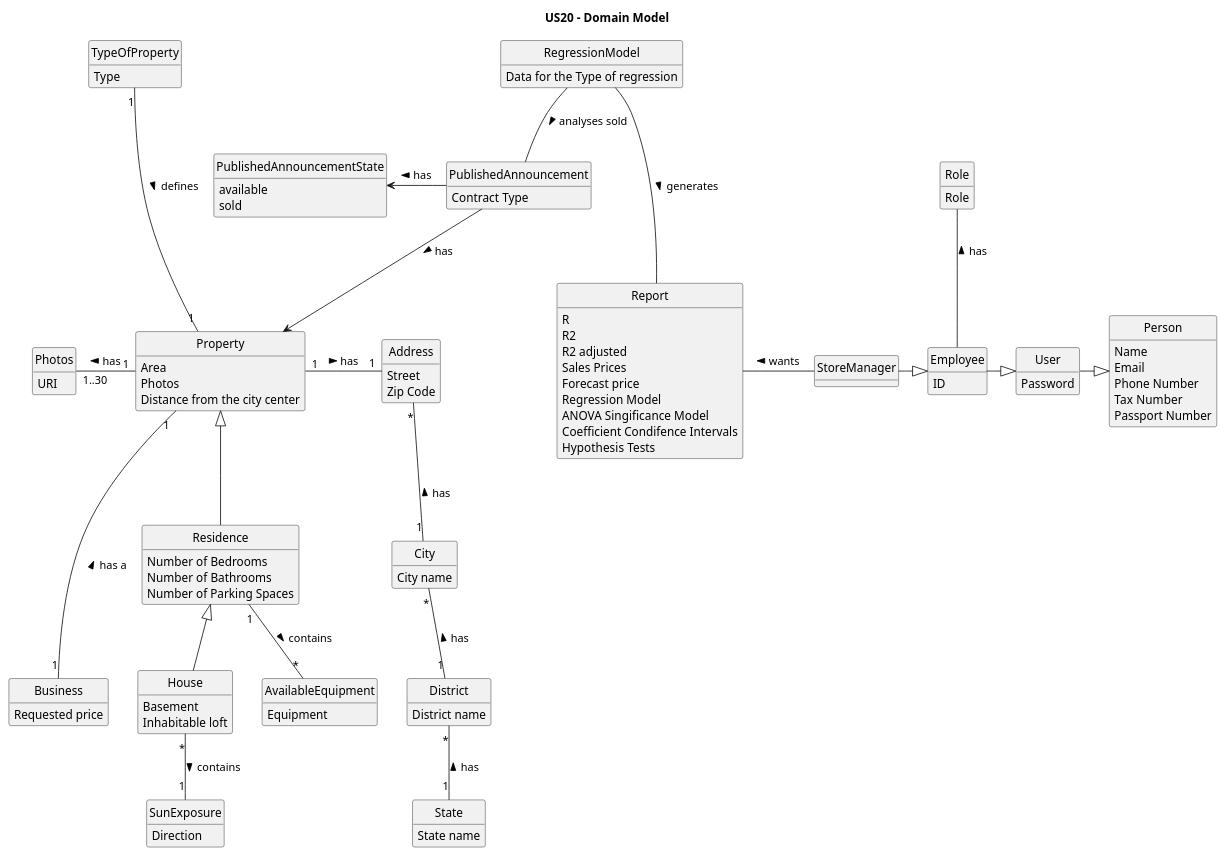
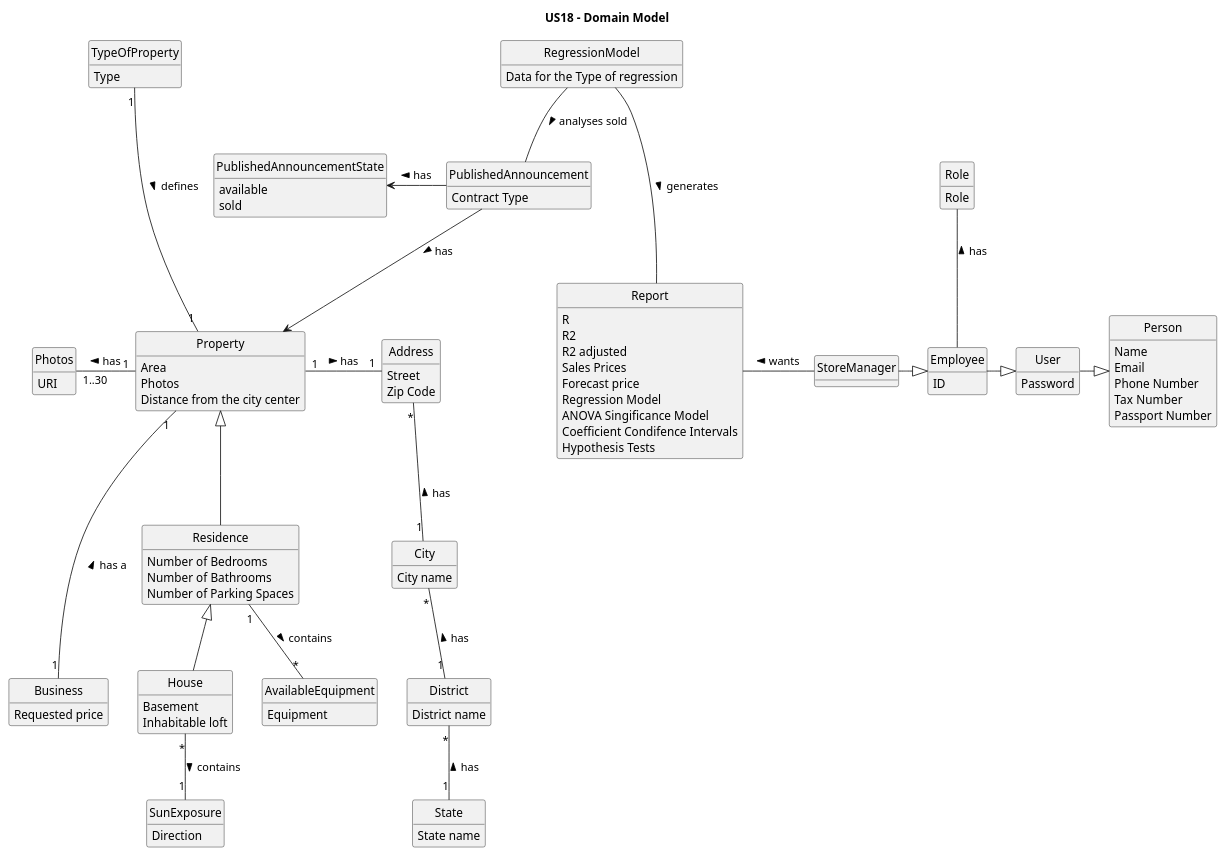
Before and after one commit to PureNimble/ISEP-LAPR2: the diagram in docs/sprintD/US018/02.analysis/puml/us18-domain-model.puml, drawn with PlantUML.

Commit message:
Updated US18 domain model title

```diff
--- a/docs/sprintD/US018/02.analysis/puml/us18-domain-model.puml
+++ b/docs/sprintD/US018/02.analysis/puml/us18-domain-model.puml
@@ -1,141 +1,141 @@
 @startuml
 
-title US20 - Domain Model
+title US18 - Domain Model
 
 
 skinparam groupInheritance 2
 skinparam monochrome true
 skinparam packageStyle rectangle
 skinparam shadowing false
 skinparam classAttributeIconSize 0
 hide circle
 hide methods
 
 class Employee {
     ID
 }
 
 class Role {
     Role
 }
 
 class StoreManager{
 
 }
 
 class Residence {
     Number of Bedrooms
     Number of Bathrooms
     Number of Parking Spaces
 }
 
 enum PublishedAnnouncementState {
   available
   sold
 }
 
 class Property {
     Area
     Photos
     Distance from the city center
 }
 
 class TypeOfProperty{
     Type
 }
 
 class Photos {
     URI
 }
 
 class House {
     Basement
     Inhabitable loft
 }
 
 class SunExposure {
     Direction
 }
 
 class AvailableEquipment {
     Equipment
 }
 
 class User {
     Password
 }
 
 class Person {
     Name
     Email
     Phone Number
     Tax Number
     Passport Number
 }
 
 class Address {
     Street
     Zip Code
 }
 
 class City {
     City name
 }
 
 class District {
     District name
 }
 
 class State {
     State name
 }
 
 class Business {
     Requested price
 }
 
 class PublishedAnnouncement {
 Contract Type
 }
 
 class Report{
     R
     R2
     R2 adjusted
     Sales Prices
     Forecast price
     Regression Model
     ANOVA Singificance Model
     Coefficient Condifence Intervals
     Hypothesis Tests
 }
 
 class RegressionModel{
     Data for the Type of regression
 }
 
 StoreManager -|> Employee
 Employee -up- Role : has >
 User -|> Person
 Employee -|> User
 
 District "1" -up- "*" City : has >
 State "1" -up- "*" District : has >
 City "1" -up- "*" Address : has >
 
 Property "1" --- "1" Business: has a <
 Residence <|-down- House
 Property <|-down- Residence
 Property "1" -left-- "1..30" Photos: has >
 SunExposure "1" -up- "*" House: contains <
 Address "1" -left- "1" Property: has <
 AvailableEquipment "*" -up- "1" Residence: contains <
 PublishedAnnouncement --> Property : has >
 TypeOfProperty "1" -down-- "1" Property: defines >
 
 RegressionModel -down- PublishedAnnouncement : analyses sold >
 RegressionModel --- Report : generates >
 StoreManager --left- Report : wants >
 
 PublishedAnnouncement --left> PublishedAnnouncementState : has >
 @enduml
```
